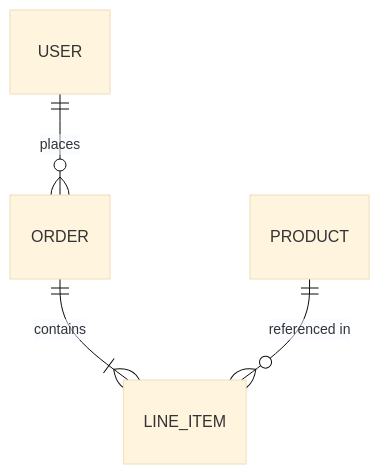
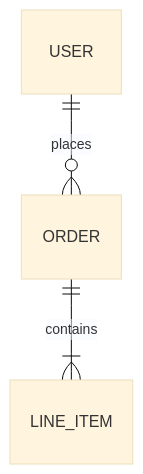
One commit to robinmin/cc-agents changed the second of 2 diagrams in plugins/rd/commands/task-spec.md. Above: the diagram before and after it, drawn with Mermaid (base theme). The commit also changed other lines of this file, not shown here.

````diff
--- a/plugins/rd/commands/task-spec.md
+++ b/plugins/rd/commands/task-spec.md
@@ -284,6 +162,5 @@
 ```mermaid
 erDiagram
     USER ||--o{ ORDER : places
     ORDER ||--|{ LINE_ITEM : contains
-    PRODUCT ||--o{ LINE_ITEM : "referenced in"
 ```
````
